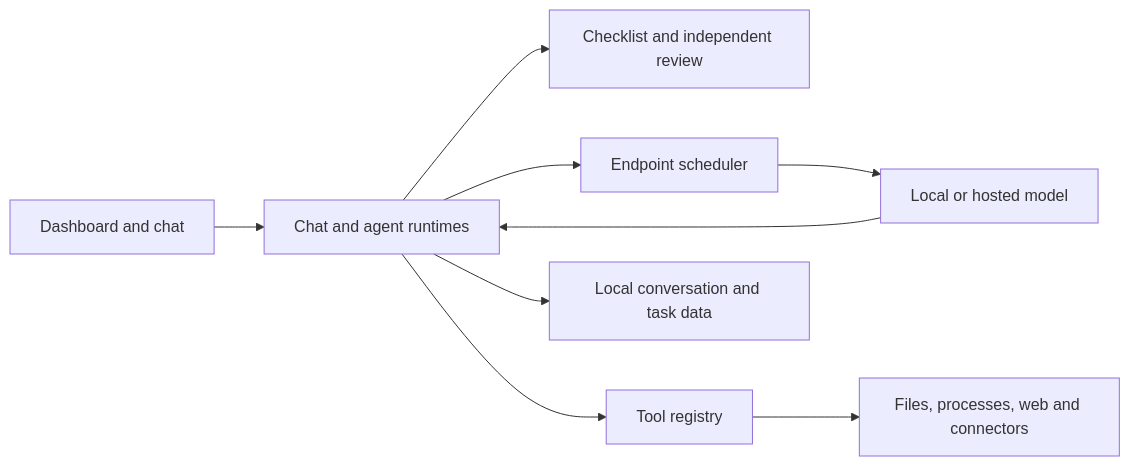
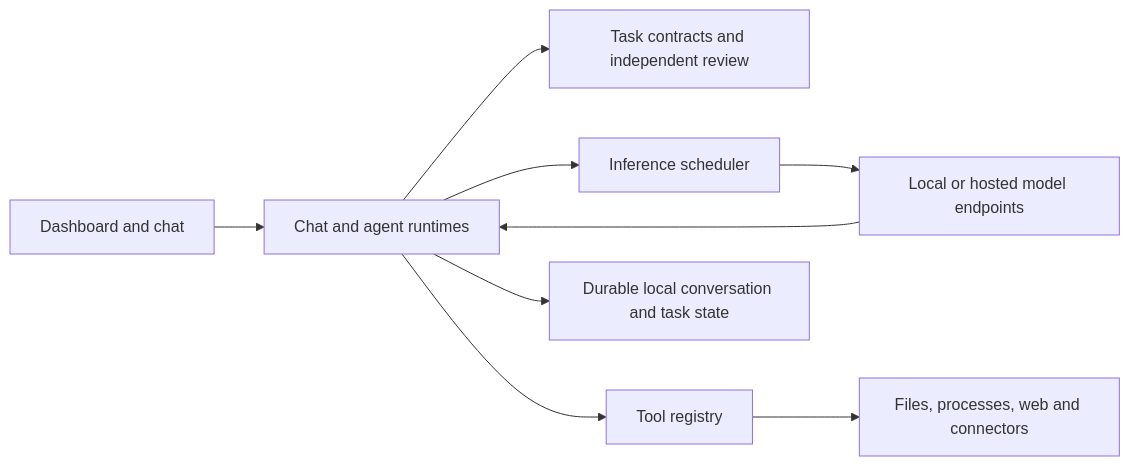
The diagram in README.md (triplenom/velox), drawn with Mermaid before and after one commit. The commit also changed other lines of this file, not shown here.

````diff
--- a/README.md
+++ b/README.md
@@ -97,11 +116,11 @@
 ```mermaid
 flowchart LR
     UI[Dashboard and chat] --> R[Chat and agent runtimes]
-    R --> C[Checklist and independent review]
-    R --> S[Endpoint scheduler]
-    S --> M[Local or hosted model]
+    R --> C[Task contracts and independent review]
+    R --> S[Inference scheduler]
+    S --> M[Local or hosted model endpoints]
     M --> R
     R --> T[Tool registry]
     T --> W[Files, processes, web and connectors]
-    R --> D[Local conversation and task data]
+    R --> D[Durable local conversation and task state]
 ```
````
